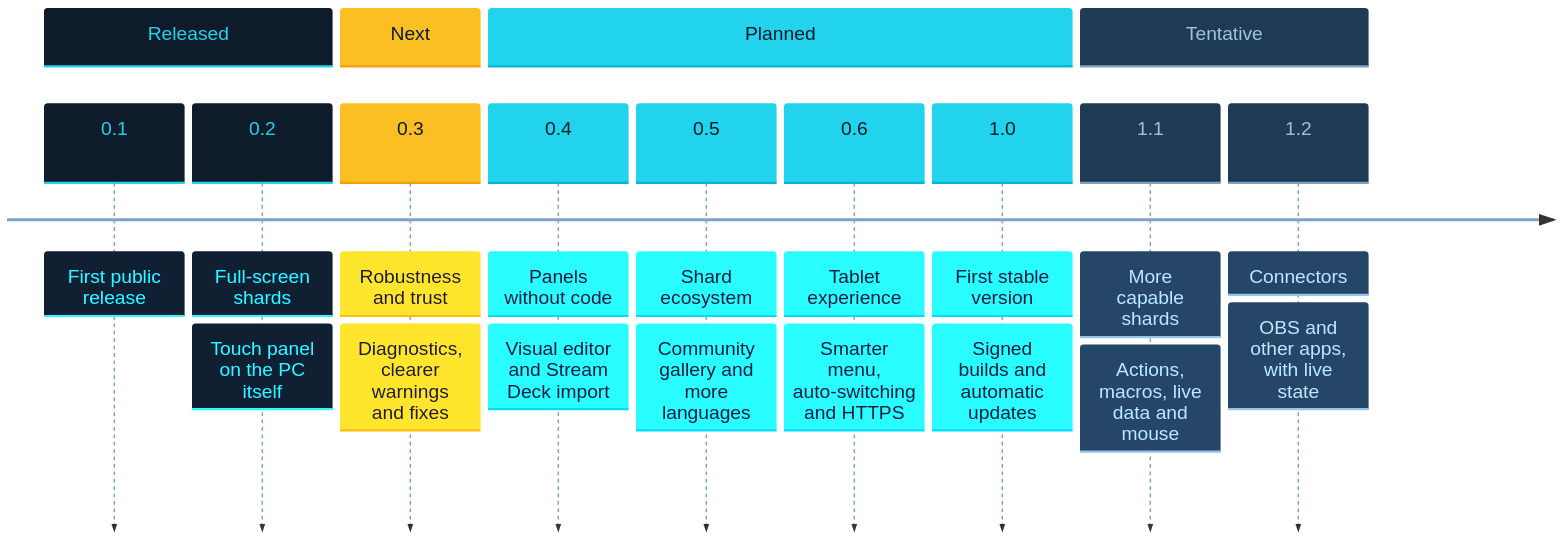
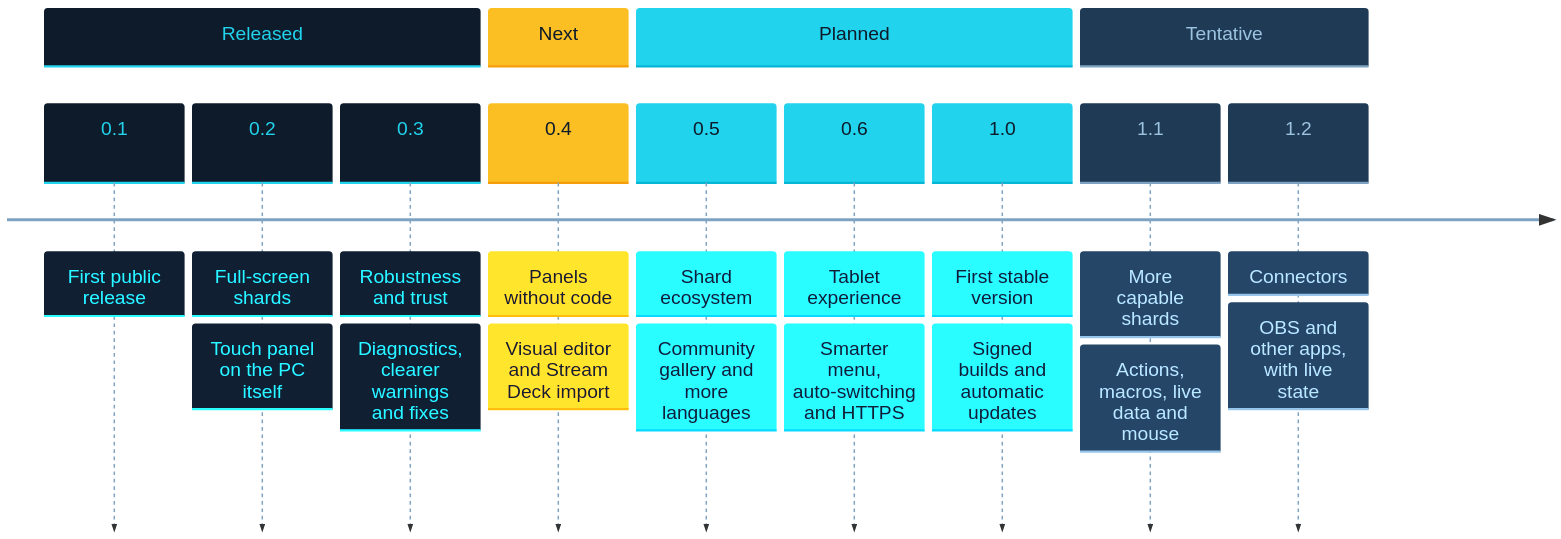
Before and after one commit to libreshard/libreshard: the diagram in README.md, drawn with Mermaid. The commit also changed other lines of this file and 5 other files, not shown here.

````diff
--- a/README.md
+++ b/README.md
@@ -186,17 +186,17 @@
 ```mermaid
 %%{init: {"theme": "base", "themeVariables": {"fontSize": "26px", "cScale0": "#0d1b2a", "cScaleLabel0": "#22d3ee", "cScaleInv0": "#22d3ee", "cScale1": "#fbbf24", "cScaleLabel1": "#0d1b2a", "cScaleInv1": "#f59e0b", "cScale2": "#22d3ee", "cScaleLabel2": "#0d1b2a", "cScaleInv2": "#06b6d4", "cScale3": "#1f3a55", "cScaleLabel3": "#9cc3e0", "cScaleInv3": "#7ea3c2", "cScaleLabel11": "#7ea3c2"}, "themeCSS": ".eventWrapper { filter: none; }"}}%%
 timeline
     section Released
         0.1 : First public release
         0.2 : Full-screen shards : Touch panel on the PC itself
+        0.3 : Robustness and trust : Diagnostics, clearer warnings and fixes
     section Next
-        0.3 : Robustness and trust : Diagnostics, clearer warnings and fixes
+        0.4 : Panels without code : Visual editor and Stream Deck import
     section Planned
-        0.4 : Panels without code : Visual editor and Stream Deck import
         0.5 : Shard ecosystem : Community gallery and more languages
         0.6 : Tablet experience : Smarter menu, auto-switching and HTTPS
         1.0 : First stable version : Signed builds and automatic updates
     section Tentative
         1.1 : More capable shards : Actions, macros, live data and mouse
         1.2 : Connectors : OBS and other apps, with live state
 ```
````
